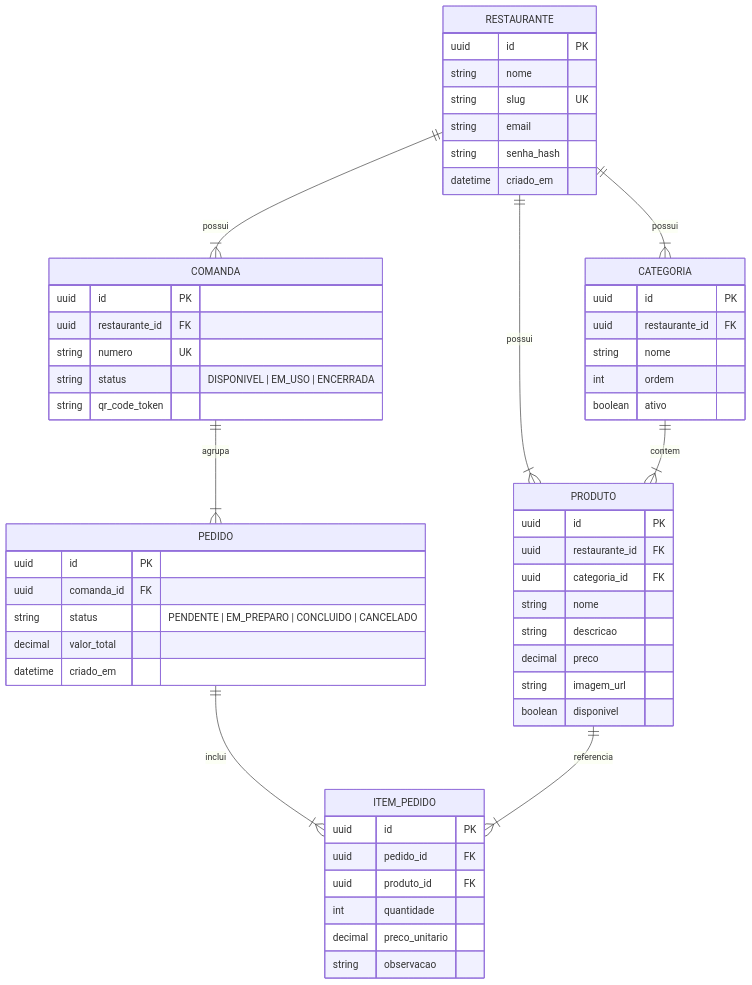
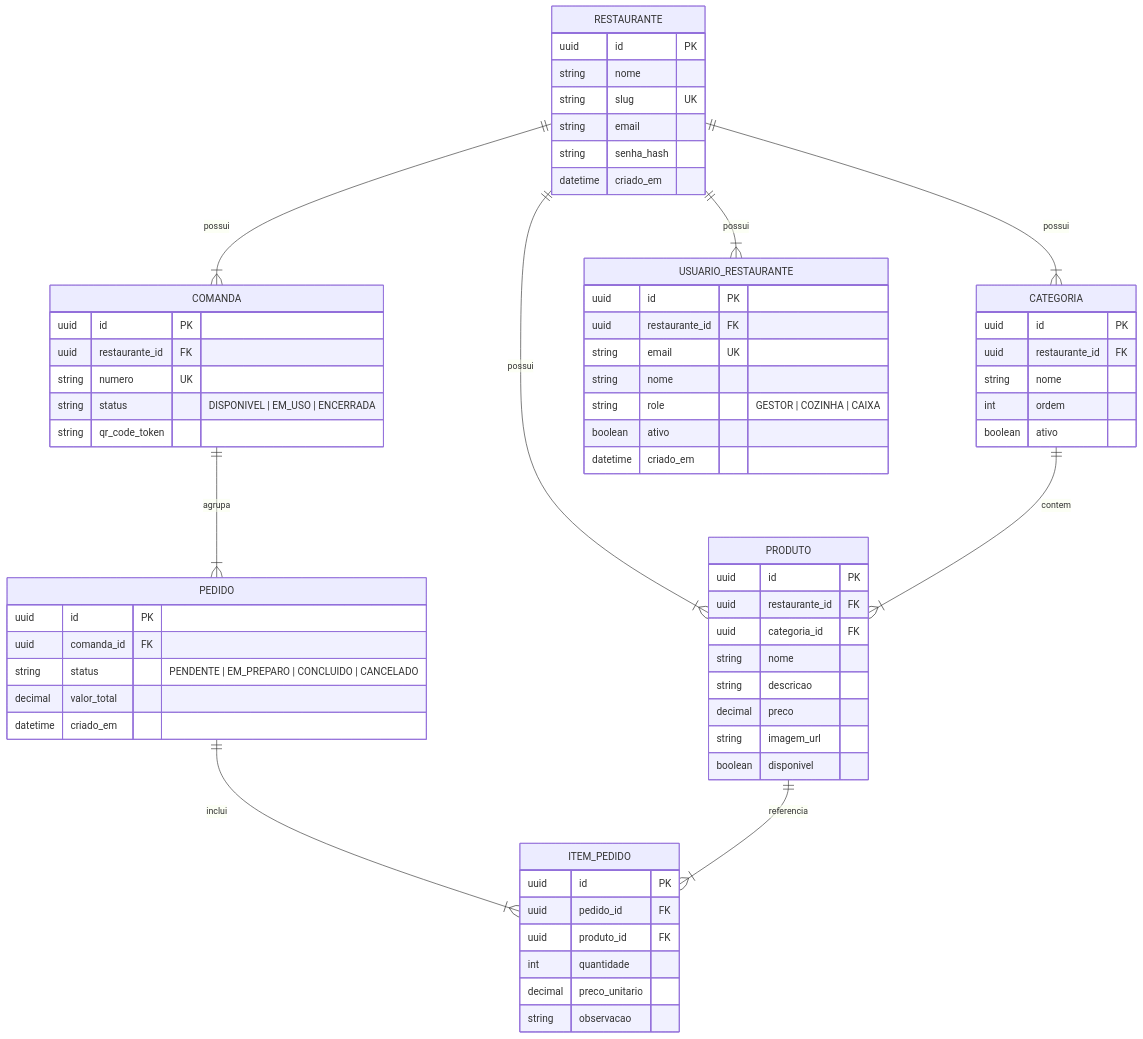
Before and after one commit to victorvieiradev/saas-restaurante: the diagram in _bmad-output/planning-artifacts/prd/prd.md, drawn with Mermaid. The commit also changed other lines of this file and 1 other file, not shown here.

````diff
--- a/_bmad-output/planning-artifacts/prd/prd.md
+++ b/_bmad-output/planning-artifacts/prd/prd.md
@@ -102,63 +126,74 @@
 ```mermaid
 erDiagram
     RESTAURANTE ||--|{ CATEGORIA : possui
     RESTAURANTE ||--|{ COMANDA : possui
     RESTAURANTE ||--|{ PRODUTO : possui
+    RESTAURANTE ||--|{ USUARIO_RESTAURANTE : possui
     CATEGORIA ||--|{ PRODUTO : contem
     COMANDA ||--|{ PEDIDO : agrupa
     PEDIDO ||--|{ ITEM_PEDIDO : inclui
     PRODUTO ||--|{ ITEM_PEDIDO : referencia
 
     RESTAURANTE {
         uuid id PK
         string nome
         string slug UK
         string email
         string senha_hash
+        datetime criado_em
+    }
+
+    USUARIO_RESTAURANTE {
+        uuid id PK
+        uuid restaurante_id FK
+        string email UK
+        string nome
+        string role "GESTOR | COZINHA | CAIXA"
+        boolean ativo
         datetime criado_em
     }
 
     CATEGORIA {
         uuid id PK
         uuid restaurante_id FK
         string nome
         int ordem
         boolean ativo
     }
 
     PRODUTO {
         uuid id PK
         uuid restaurante_id FK
         uuid categoria_id FK
         string nome
         string descricao
         decimal preco
         string imagem_url
         boolean disponivel
     }
 
     COMANDA {
         uuid id PK
         uuid restaurante_id FK
         string numero UK
         string status "DISPONIVEL | EM_USO | ENCERRADA"
         string qr_code_token
     }
 
     PEDIDO {
         uuid id PK
         uuid comanda_id FK
         string status "PENDENTE | EM_PREPARO | CONCLUIDO | CANCELADO"
         decimal valor_total
         datetime criado_em
     }
 
     ITEM_PEDIDO {
         uuid id PK
         uuid pedido_id FK
         uuid produto_id FK
         int quantidade
         decimal preco_unitario
         string observacao
     }
 ```
````
